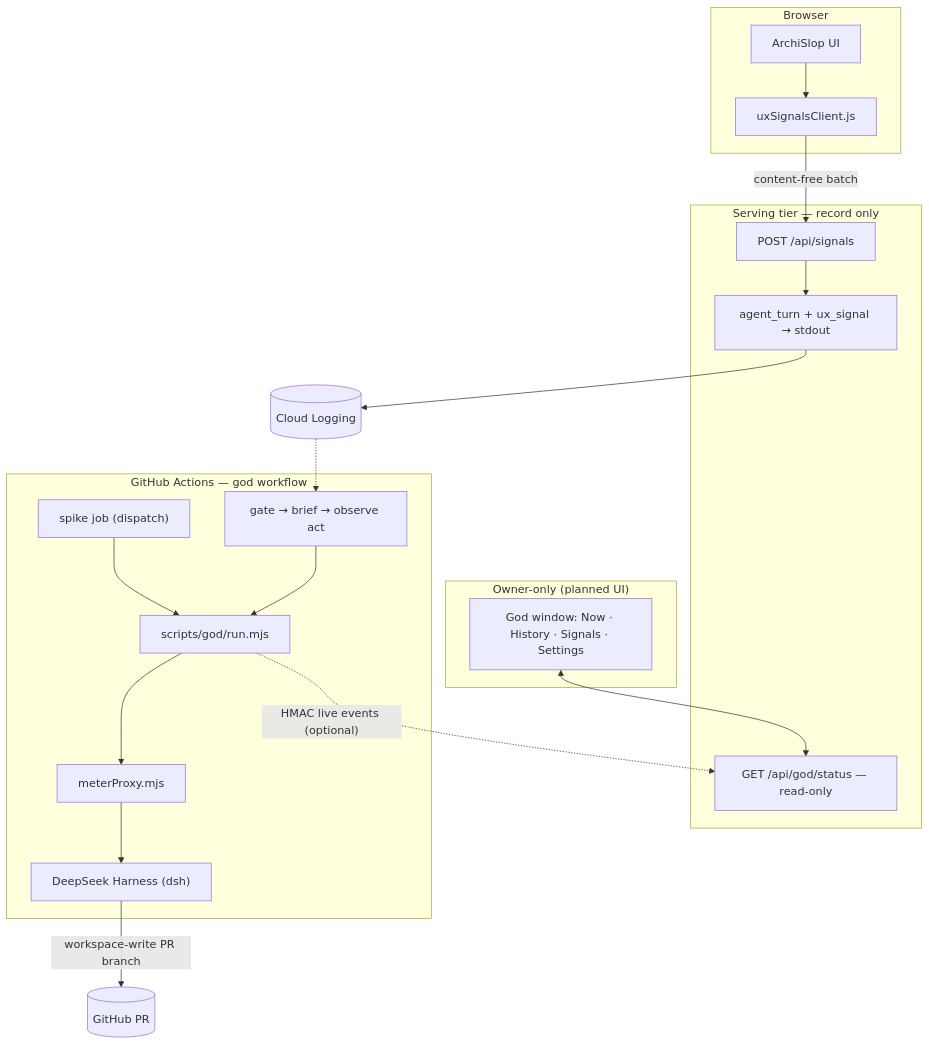
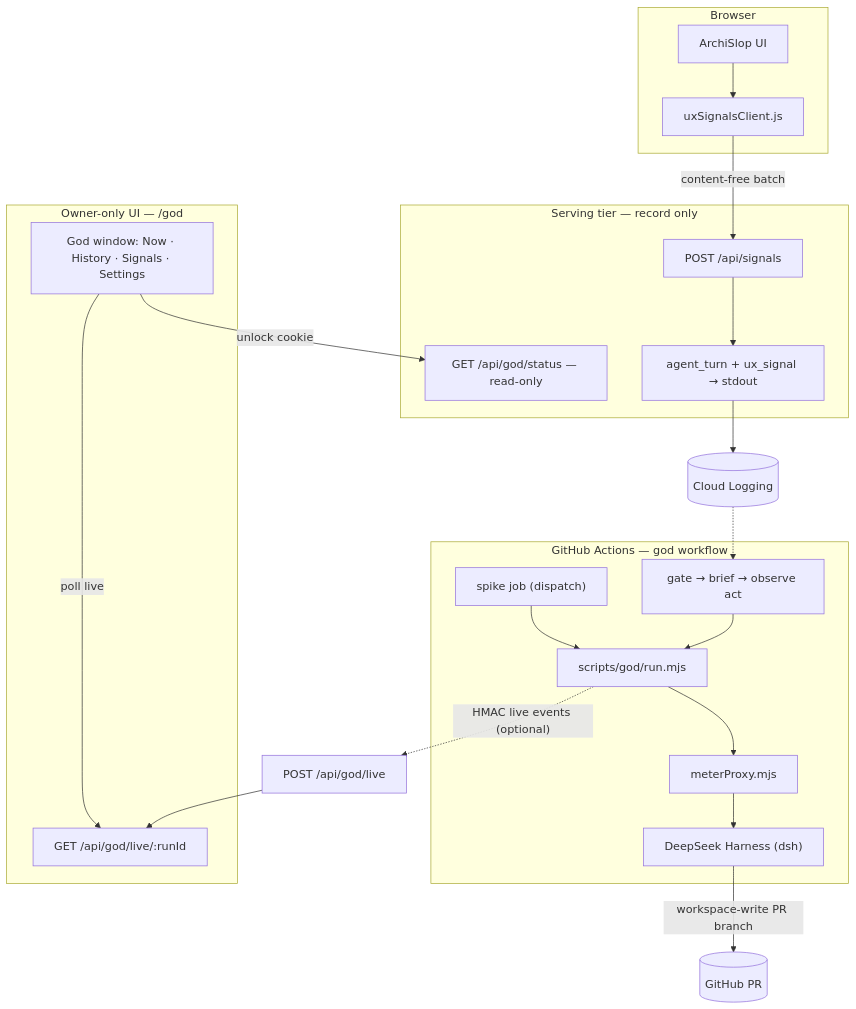
The second of 4 diagrams in docs/guide/archislop-god.md (acuhlmann/mermaid-gen), drawn with Mermaid before and after one commit. The commit also changed other lines of this file and 10 other files, not shown here.

First line of the commit message:
docs(god): add God window guide and cross-links

````diff
--- a/docs/guide/archislop-god.md
+++ b/docs/guide/archislop-god.md
@@ -74,37 +75,39 @@
 ```mermaid
 flowchart TB
   subgraph browser ["Browser"]
     UI["ArchiSlop UI"]
     SigClient["uxSignalsClient.js"]
     UI --> SigClient
   end
 
   subgraph serve ["Serving tier — record only"]
     SigRoute["POST /api/signals"]
     Metrics["agent_turn + ux_signal → stdout"]
     SigClient -->|"content-free batch"| SigRoute
     SigRoute --> Metrics
     GodApi["GET /api/god/status — read-only"]
   end
 
   subgraph gha ["GitHub Actions — god workflow"]
     Spike["spike job (dispatch)"]
     Pipeline["gate → brief → observe act"]
     RunWrap["scripts/god/run.mjs"]
     Meter["meterProxy.mjs"]
     DSH["DeepSeek Harness (dsh)"]
     Spike --> RunWrap
     Pipeline --> RunWrap
     RunWrap --> Meter --> DSH
   end
 
-  subgraph owner ["Owner-only (planned UI)"]
+  subgraph owner ["Owner-only UI — /god"]
     Window["God window: Now · History · Signals · Settings"]
-    Window <--> GodApi
+    Window -->|"unlock cookie"| GodApi
+    Window -->|"poll live"| LiveApi["GET /api/god/live/:runId"]
   end
 
   Metrics --> CL[("Cloud Logging")]
   CL -.-> Pipeline
-  RunWrap -.->|"HMAC live events (optional)"| GodApi
+  RunWrap -.->|"HMAC live events (optional)"| LiveIngest["POST /api/god/live"]
+  LiveIngest --> LiveApi
   DSH -->|"workspace-write PR branch"| GH[("GitHub PR")]
 ```
````
